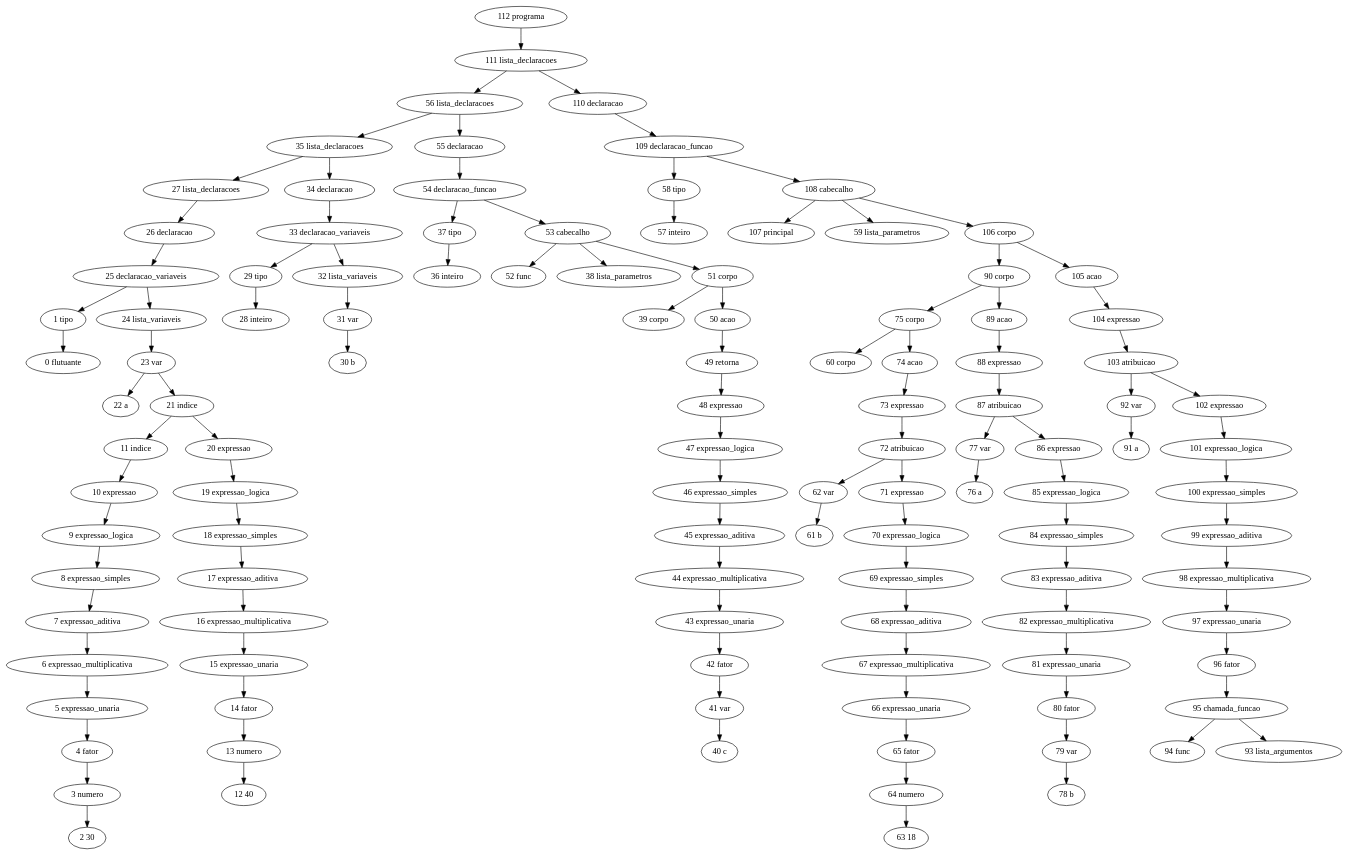
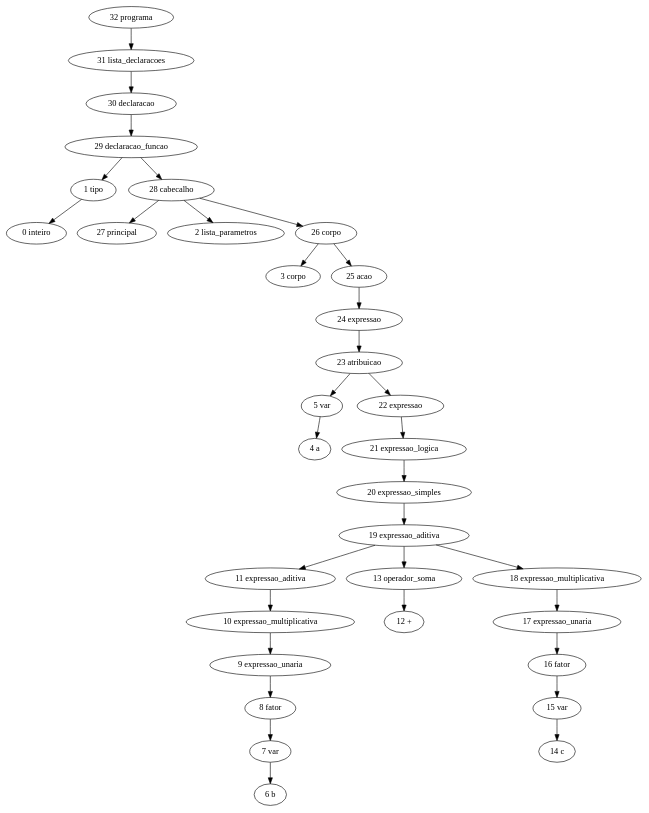
Before and after one commit to franzon/compilers: the diagram in BCC__BCC36B__P2__Jorge_1511424/implementacao/Digraph.gv, drawn with Graphviz. The commit also changed 7 other files, not shown here.

```diff
--- a/BCC__BCC36B__P2__Jorge_1511424/implementacao/Digraph.gv
+++ b/BCC__BCC36B__P2__Jorge_1511424/implementacao/Digraph.gv
@@ -1,228 +1,68 @@
 // Análise sintática
 digraph {
-	"112 programa"
-	"111 lista_declaracoes"
-	"112 programa" -> "111 lista_declaracoes"
-	"56 lista_declaracoes"
-	"111 lista_declaracoes" -> "56 lista_declaracoes"
-	"35 lista_declaracoes"
-	"56 lista_declaracoes" -> "35 lista_declaracoes"
-	"27 lista_declaracoes"
-	"35 lista_declaracoes" -> "27 lista_declaracoes"
-	"26 declaracao"
-	"27 lista_declaracoes" -> "26 declaracao"
-	"25 declaracao_variaveis"
-	"26 declaracao" -> "25 declaracao_variaveis"
+	"32 programa"
+	"31 lista_declaracoes"
+	"32 programa" -> "31 lista_declaracoes"
+	"30 declaracao"
+	"31 lista_declaracoes" -> "30 declaracao"
+	"29 declaracao_funcao"
+	"30 declaracao" -> "29 declaracao_funcao"
 	"1 tipo"
-	"25 declaracao_variaveis" -> "1 tipo"
-	"0 flutuante"
-	"1 tipo" -> "0 flutuante"
-	"24 lista_variaveis"
-	"25 declaracao_variaveis" -> "24 lista_variaveis"
-	"23 var"
-	"24 lista_variaveis" -> "23 var"
-	"22 a"
-	"23 var" -> "22 a"
-	"21 indice"
-	"23 var" -> "21 indice"
-	"11 indice"
-	"21 indice" -> "11 indice"
-	"10 expressao"
-	"11 indice" -> "10 expressao"
-	"9 expressao_logica"
-	"10 expressao" -> "9 expressao_logica"
-	"8 expressao_simples"
-	"9 expressao_logica" -> "8 expressao_simples"
-	"7 expressao_aditiva"
-	"8 expressao_simples" -> "7 expressao_aditiva"
-	"6 expressao_multiplicativa"
-	"7 expressao_aditiva" -> "6 expressao_multiplicativa"
-	"5 expressao_unaria"
-	"6 expressao_multiplicativa" -> "5 expressao_unaria"
-	"4 fator"
-	"5 expressao_unaria" -> "4 fator"
-	"3 numero"
-	"4 fator" -> "3 numero"
-	"2 30"
-	"3 numero" -> "2 30"
-	"20 expressao"
-	"21 indice" -> "20 expressao"
-	"19 expressao_logica"
-	"20 expressao" -> "19 expressao_logica"
-	"18 expressao_simples"
-	"19 expressao_logica" -> "18 expressao_simples"
-	"17 expressao_aditiva"
-	"18 expressao_simples" -> "17 expressao_aditiva"
-	"16 expressao_multiplicativa"
-	"17 expressao_aditiva" -> "16 expressao_multiplicativa"
-	"15 expressao_unaria"
-	"16 expressao_multiplicativa" -> "15 expressao_unaria"
-	"14 fator"
-	"15 expressao_unaria" -> "14 fator"
-	"13 numero"
-	"14 fator" -> "13 numero"
-	"12 40"
-	"13 numero" -> "12 40"
-	"34 declaracao"
-	"35 lista_declaracoes" -> "34 declaracao"
-	"33 declaracao_variaveis"
-	"34 declaracao" -> "33 declaracao_variaveis"
-	"29 tipo"
-	"33 declaracao_variaveis" -> "29 tipo"
-	"28 inteiro"
-	"29 tipo" -> "28 inteiro"
-	"32 lista_variaveis"
-	"33 declaracao_variaveis" -> "32 lista_variaveis"
-	"31 var"
-	"32 lista_variaveis" -> "31 var"
-	"30 b"
-	"31 var" -> "30 b"
-	"55 declaracao"
-	"56 lista_declaracoes" -> "55 declaracao"
-	"54 declaracao_funcao"
-	"55 declaracao" -> "54 declaracao_funcao"
-	"37 tipo"
-	"54 declaracao_funcao" -> "37 tipo"
-	"36 inteiro"
-	"37 tipo" -> "36 inteiro"
-	"53 cabecalho"
-	"54 declaracao_funcao" -> "53 cabecalho"
-	"52 func"
-	"53 cabecalho" -> "52 func"
-	"38 lista_parametros"
-	"53 cabecalho" -> "38 lista_parametros"
-	"51 corpo"
-	"53 cabecalho" -> "51 corpo"
-	"39 corpo"
-	"51 corpo" -> "39 corpo"
-	"50 acao"
-	"51 corpo" -> "50 acao"
-	"49 retorna"
-	"50 acao" -> "49 retorna"
-	"48 expressao"
-	"49 retorna" -> "48 expressao"
-	"47 expressao_logica"
-	"48 expressao" -> "47 expressao_logica"
-	"46 expressao_simples"
-	"47 expressao_logica" -> "46 expressao_simples"
-	"45 expressao_aditiva"
-	"46 expressao_simples" -> "45 expressao_aditiva"
-	"44 expressao_multiplicativa"
-	"45 expressao_aditiva" -> "44 expressao_multiplicativa"
-	"43 expressao_unaria"
-	"44 expressao_multiplicativa" -> "43 expressao_unaria"
-	"42 fator"
-	"43 expressao_unaria" -> "42 fator"
-	"41 var"
-	"42 fator" -> "41 var"
-	"40 c"
-	"41 var" -> "40 c"
-	"110 declaracao"
-	"111 lista_declaracoes" -> "110 declaracao"
-	"109 declaracao_funcao"
-	"110 declaracao" -> "109 declaracao_funcao"
-	"58 tipo"
-	"109 declaracao_funcao" -> "58 tipo"
-	"57 inteiro"
-	"58 tipo" -> "57 inteiro"
-	"108 cabecalho"
-	"109 declaracao_funcao" -> "108 cabecalho"
-	"107 principal"
-	"108 cabecalho" -> "107 principal"
-	"59 lista_parametros"
-	"108 cabecalho" -> "59 lista_parametros"
-	"106 corpo"
-	"108 cabecalho" -> "106 corpo"
-	"90 corpo"
-	"106 corpo" -> "90 corpo"
-	"75 corpo"
-	"90 corpo" -> "75 corpo"
-	"60 corpo"
-	"75 corpo" -> "60 corpo"
-	"74 acao"
-	"75 corpo" -> "74 acao"
-	"73 expressao"
-	"74 acao" -> "73 expressao"
-	"72 atribuicao"
-	"73 expressao" -> "72 atribuicao"
-	"62 var"
-	"72 atribuicao" -> "62 var"
-	"61 b"
-	"62 var" -> "61 b"
-	"71 expressao"
-	"72 atribuicao" -> "71 expressao"
-	"70 expressao_logica"
-	"71 expressao" -> "70 expressao_logica"
-	"69 expressao_simples"
-	"70 expressao_logica" -> "69 expressao_simples"
-	"68 expressao_aditiva"
-	"69 expressao_simples" -> "68 expressao_aditiva"
-	"67 expressao_multiplicativa"
-	"68 expressao_aditiva" -> "67 expressao_multiplicativa"
-	"66 expressao_unaria"
-	"67 expressao_multiplicativa" -> "66 expressao_unaria"
-	"65 fator"
-	"66 expressao_unaria" -> "65 fator"
-	"64 numero"
-	"65 fator" -> "64 numero"
-	"63 18"
-	"64 numero" -> "63 18"
-	"89 acao"
-	"90 corpo" -> "89 acao"
-	"88 expressao"
-	"89 acao" -> "88 expressao"
-	"87 atribuicao"
-	"88 expressao" -> "87 atribuicao"
-	"77 var"
-	"87 atribuicao" -> "77 var"
-	"76 a"
-	"77 var" -> "76 a"
-	"86 expressao"
-	"87 atribuicao" -> "86 expressao"
-	"85 expressao_logica"
-	"86 expressao" -> "85 expressao_logica"
-	"84 expressao_simples"
-	"85 expressao_logica" -> "84 expressao_simples"
-	"83 expressao_aditiva"
-	"84 expressao_simples" -> "83 expressao_aditiva"
-	"82 expressao_multiplicativa"
-	"83 expressao_aditiva" -> "82 expressao_multiplicativa"
-	"81 expressao_unaria"
-	"82 expressao_multiplicativa" -> "81 expressao_unaria"
-	"80 fator"
-	"81 expressao_unaria" -> "80 fator"
-	"79 var"
-	"80 fator" -> "79 var"
-	"78 b"
-	"79 var" -> "78 b"
-	"105 acao"
-	"106 corpo" -> "105 acao"
-	"104 expressao"
-	"105 acao" -> "104 expressao"
-	"103 atribuicao"
-	"104 expressao" -> "103 atribuicao"
-	"92 var"
-	"103 atribuicao" -> "92 var"
-	"91 a"
-	"92 var" -> "91 a"
-	"102 expressao"
-	"103 atribuicao" -> "102 expressao"
-	"101 expressao_logica"
-	"102 expressao" -> "101 expressao_logica"
-	"100 expressao_simples"
-	"101 expressao_logica" -> "100 expressao_simples"
-	"99 expressao_aditiva"
-	"100 expressao_simples" -> "99 expressao_aditiva"
-	"98 expressao_multiplicativa"
-	"99 expressao_aditiva" -> "98 expressao_multiplicativa"
-	"97 expressao_unaria"
-	"98 expressao_multiplicativa" -> "97 expressao_unaria"
-	"96 fator"
-	"97 expressao_unaria" -> "96 fator"
-	"95 chamada_funcao"
-	"96 fator" -> "95 chamada_funcao"
-	"94 func"
-	"95 chamada_funcao" -> "94 func"
-	"93 lista_argumentos"
-	"95 chamada_funcao" -> "93 lista_argumentos"
+	"29 declaracao_funcao" -> "1 tipo"
+	"0 inteiro"
+	"1 tipo" -> "0 inteiro"
+	"28 cabecalho"
+	"29 declaracao_funcao" -> "28 cabecalho"
+	"27 principal"
+	"28 cabecalho" -> "27 principal"
+	"2 lista_parametros"
+	"28 cabecalho" -> "2 lista_parametros"
+	"26 corpo"
+	"28 cabecalho" -> "26 corpo"
+	"3 corpo"
+	"26 corpo" -> "3 corpo"
+	"25 acao"
+	"26 corpo" -> "25 acao"
+	"24 expressao"
+	"25 acao" -> "24 expressao"
+	"23 atribuicao"
+	"24 expressao" -> "23 atribuicao"
+	"5 var"
+	"23 atribuicao" -> "5 var"
+	"4 a"
+	"5 var" -> "4 a"
+	"22 expressao"
+	"23 atribuicao" -> "22 expressao"
+	"21 expressao_logica"
+	"22 expressao" -> "21 expressao_logica"
+	"20 expressao_simples"
+	"21 expressao_logica" -> "20 expressao_simples"
+	"19 expressao_aditiva"
+	"20 expressao_simples" -> "19 expressao_aditiva"
+	"11 expressao_aditiva"
+	"19 expressao_aditiva" -> "11 expressao_aditiva"
+	"10 expressao_multiplicativa"
+	"11 expressao_aditiva" -> "10 expressao_multiplicativa"
+	"9 expressao_unaria"
+	"10 expressao_multiplicativa" -> "9 expressao_unaria"
+	"8 fator"
+	"9 expressao_unaria" -> "8 fator"
+	"7 var"
+	"8 fator" -> "7 var"
+	"6 b"
+	"7 var" -> "6 b"
+	"13 operador_soma"
+	"19 expressao_aditiva" -> "13 operador_soma"
+	"12 +"
+	"13 operador_soma" -> "12 +"
+	"18 expressao_multiplicativa"
+	"19 expressao_aditiva" -> "18 expressao_multiplicativa"
+	"17 expressao_unaria"
+	"18 expressao_multiplicativa" -> "17 expressao_unaria"
+	"16 fator"
+	"17 expressao_unaria" -> "16 fator"
+	"15 var"
+	"16 fator" -> "15 var"
+	"14 c"
+	"15 var" -> "14 c"
 }
```
